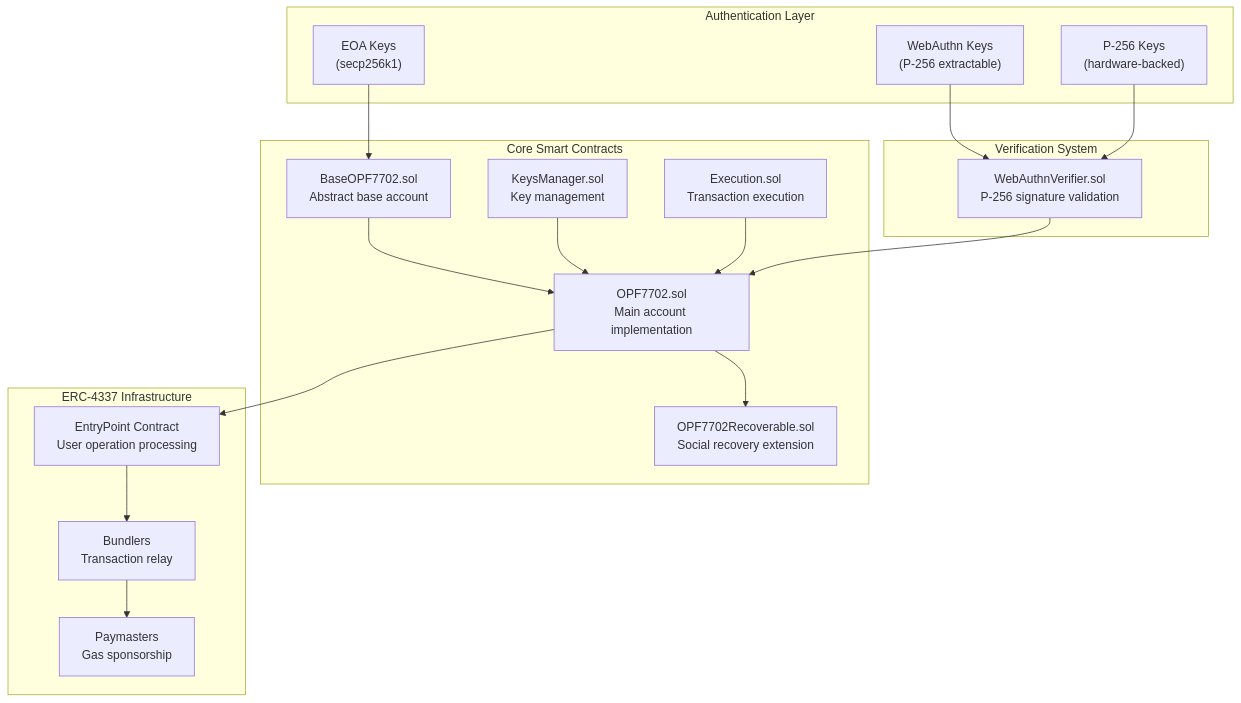
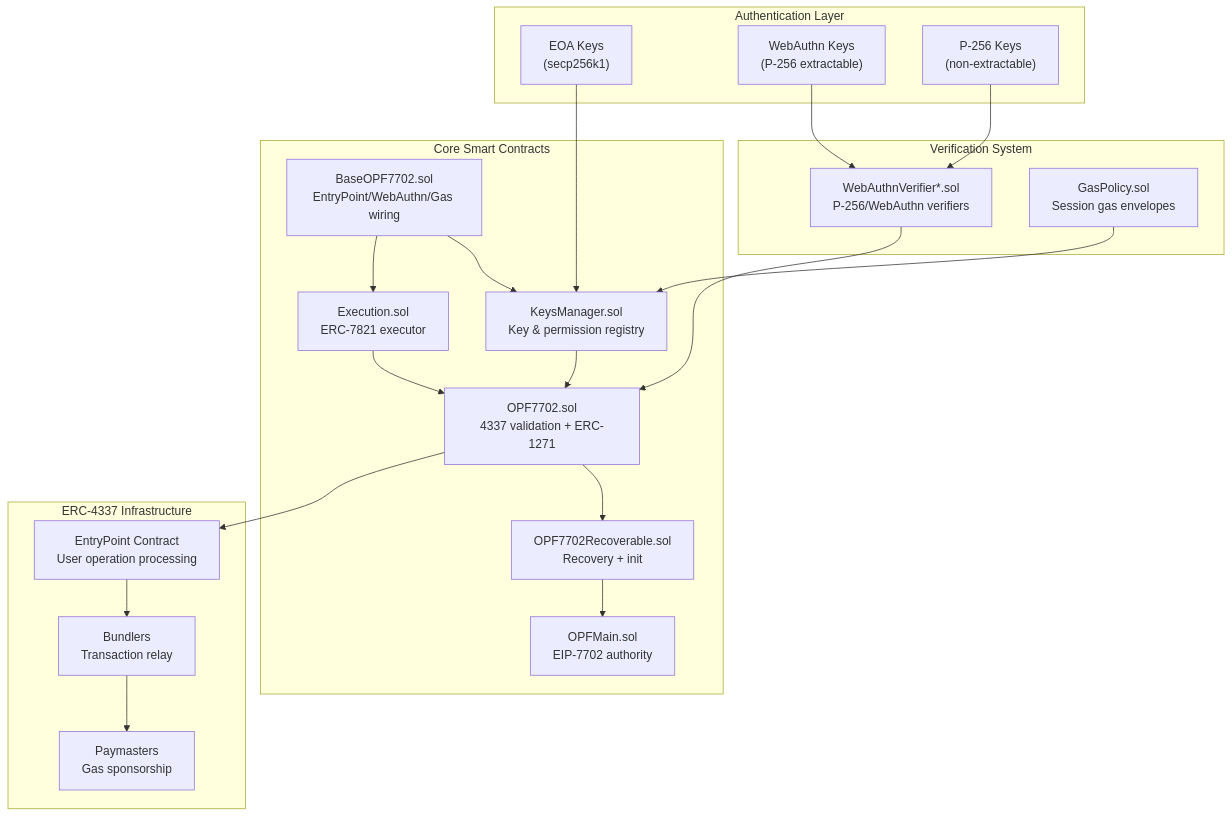
The first of 3 diagrams in docs/Architecture.md (openfort-xyz/openfort-7702-account), drawn with Mermaid before and after one commit. The commit also changed other lines of this file, not shown here.

Commit message:
(doc) docs/Architecture.md

````diff
--- a/docs/Architecture.md
+++ b/docs/Architecture.md
@@ -82,41 +82,46 @@
 ```mermaid
 flowchart TD
     subgraph "Authentication Layer"
         EOAKeys["EOA Keys<br/>(secp256k1)"]
         WebAuthnKeys["WebAuthn Keys<br/>(P-256 extractable)"]
-        P256Keys["P-256 Keys<br/>(hardware-backed)"]
+        P256Keys["P-256 Keys<br/>(non-extractable)"]
     end
     
     subgraph "Core Smart Contracts"
-        BaseOPF7702["BaseOPF7702.sol<br/>Abstract base account"]
-        KeysManager["KeysManager.sol<br/>Key management"]
-        Execution["Execution.sol<br/>Transaction execution"]
-        OPF7702["OPF7702.sol<br/>Main account implementation"]
-        OPFRecoverable["OPF7702Recoverable.sol<br/>Social recovery extension"]
+        BaseOPF7702["BaseOPF7702.sol<br/>EntryPoint/WebAuthn/Gas wiring"]
+        KeysManager["KeysManager.sol<br/>Key & permission registry"]
+        Execution["Execution.sol<br/>ERC-7821 executor"]
+        OPF7702["OPF7702.sol<br/>4337 validation + ERC-1271"]
+        OPFRecoverable["OPF7702Recoverable.sol<br/>Recovery + init"]
+        OPFMain["OPFMain.sol<br/>EIP-7702 authority"]
     end
     
     subgraph "Verification System"
-        WebAuthnVerifier["WebAuthnVerifier.sol<br/>P-256 signature validation"]
+        WebAuthnVerifier["WebAuthnVerifier*.sol<br/>P-256/WebAuthn verifiers"]
+        GasPolicy["GasPolicy.sol<br/>Session gas envelopes"]
     end
     
     subgraph "ERC-4337 Infrastructure"
         EntryPoint["EntryPoint Contract<br/>User operation processing"]
         Bundlers["Bundlers<br/>Transaction relay"]
         Paymasters["Paymasters<br/>Gas sponsorship"]
     end
 
     %% Connections
-    EOAKeys --> BaseOPF7702
+    EOAKeys --> KeysManager
     WebAuthnKeys --> WebAuthnVerifier
     P256Keys --> WebAuthnVerifier
-    
-    BaseOPF7702 --> OPF7702
+    GasPolicy --> KeysManager
+
+    BaseOPF7702 --> KeysManager
+    BaseOPF7702 --> Execution
+    Execution --> OPF7702
     KeysManager --> OPF7702
-    Execution --> OPF7702
     WebAuthnVerifier --> OPF7702
     
     OPF7702 --> OPFRecoverable
+    OPFRecoverable --> OPFMain
     OPF7702 --> EntryPoint
     EntryPoint --> Bundlers
     Bundlers --> Paymasters
 ```
````
